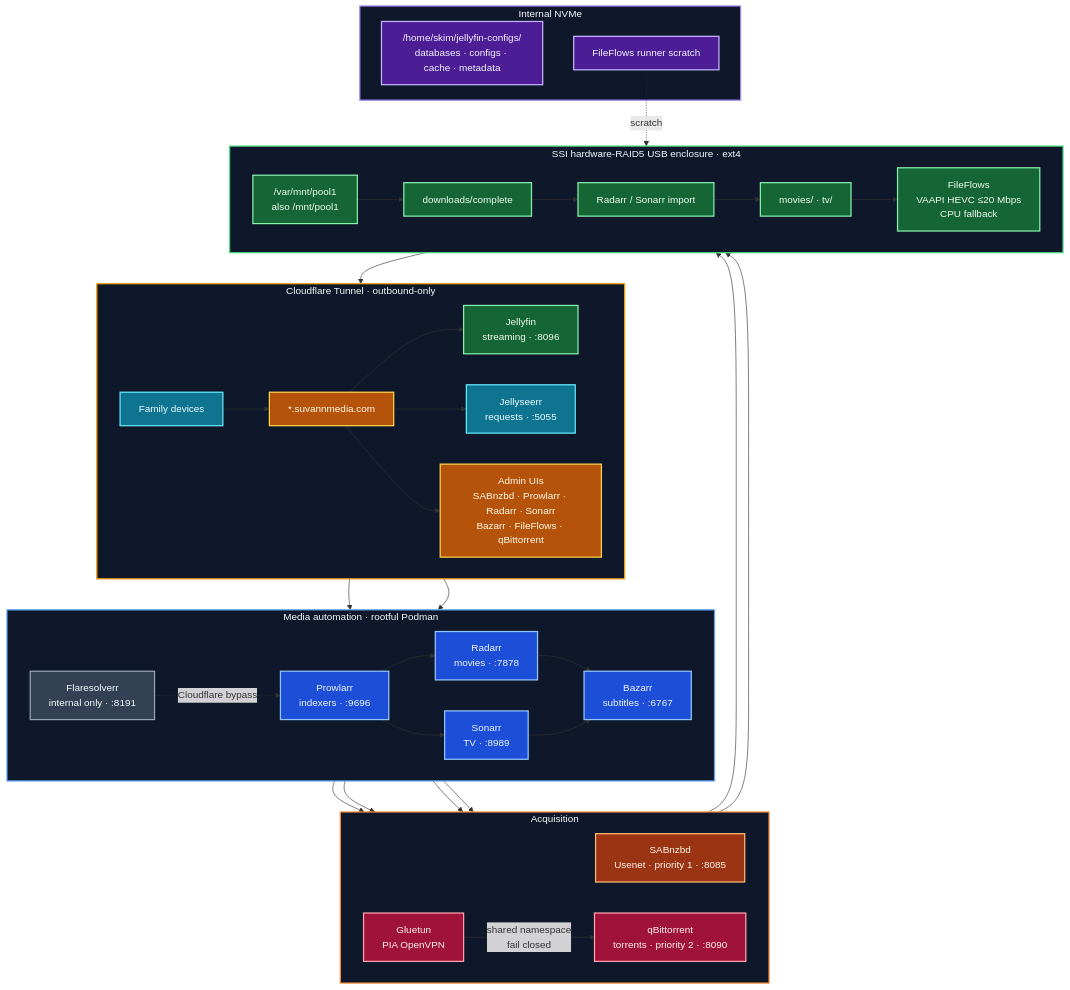
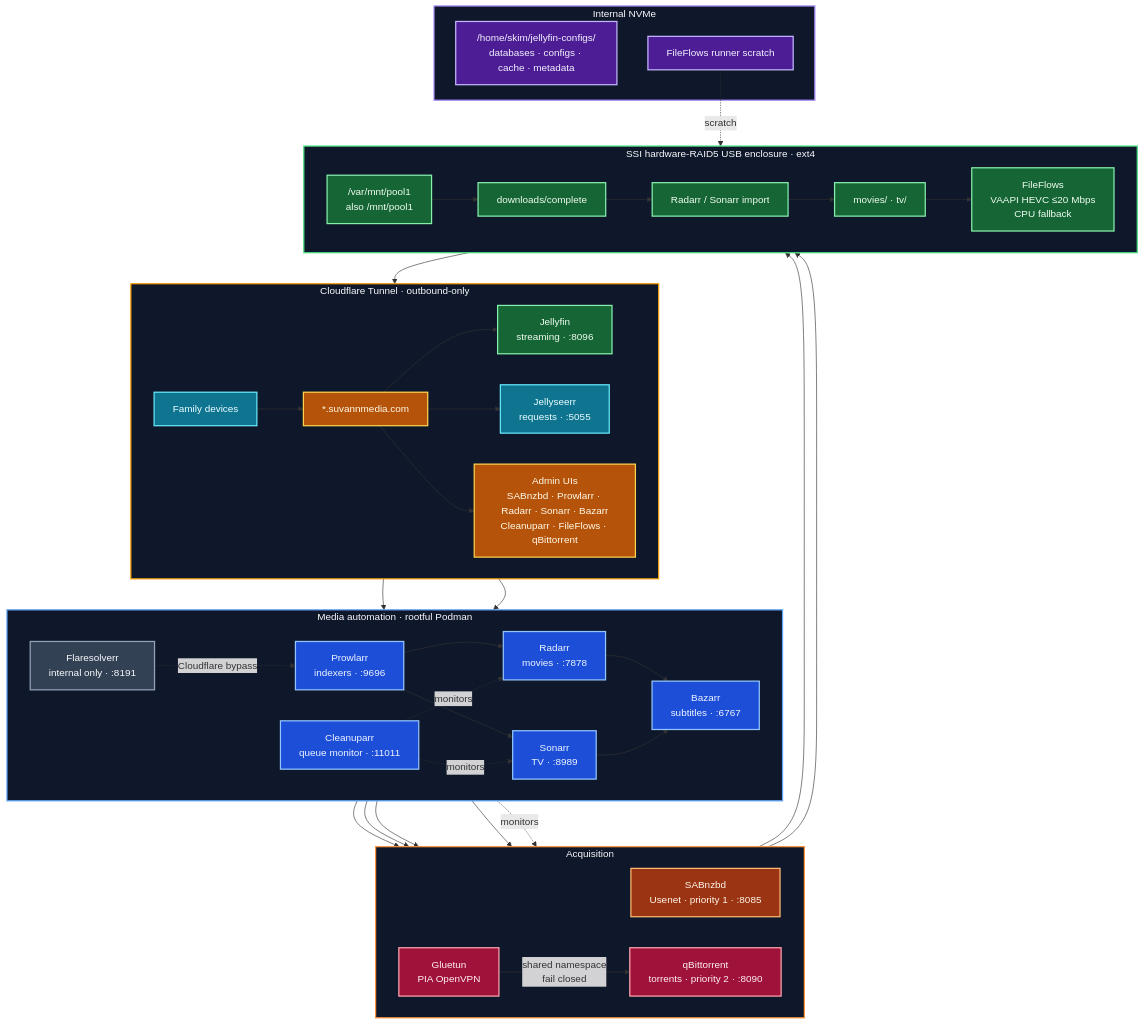
Before and after one commit to ra535i/JellyFin: the diagram in docs/media-stack-architecture.mmd, drawn with Mermaid. The commit also changed 13 other files, not shown here.

```diff
--- a/docs/media-stack-architecture.mmd
+++ b/docs/media-stack-architecture.mmd
@@ -1,80 +1,84 @@
 flowchart TB
     classDef family fill:#0e7490,stroke:#67e8f9,color:#ecfeff,stroke-width:2px
     classDef arr fill:#1d4ed8,stroke:#93c5fd,color:#eff6ff,stroke-width:2px
     classDef download fill:#9a3412,stroke:#fdba74,color:#fff7ed,stroke-width:2px
     classDef secure fill:#9f1239,stroke:#fda4af,color:#fff1f2,stroke-width:2px
     classDef media fill:#166534,stroke:#86efac,color:#f0fdf4,stroke-width:2px
     classDef storage fill:#4c1d95,stroke:#c4b5fd,color:#f5f3ff,stroke-width:2px
     classDef internal fill:#334155,stroke:#94a3b8,color:#f8fafc,stroke-width:2px
     classDef cloud fill:#b45309,stroke:#fcd34d,color:#fffbeb,stroke-width:2px
 
     subgraph INGRESS[Cloudflare Tunnel · outbound-only]
         direction LR
         Family[Family devices] --> Tunnel[*.suvannmedia.com]
         Tunnel --> Jellyfin[Jellyfin<br/>streaming · :8096]
         Tunnel --> Requests[Jellyseerr<br/>requests · :5055]
-        Tunnel --> Admin[Admin UIs<br/>SABnzbd · Prowlarr · Radarr · Sonarr<br/>Bazarr · FileFlows · qBittorrent]
+        Tunnel --> Admin[Admin UIs<br/>SABnzbd · Prowlarr · Radarr · Sonarr · Bazarr<br/>Cleanuparr · FileFlows · qBittorrent]
     end
 
     subgraph APPS[Media automation · rootful Podman]
         direction LR
         Requests --> Radarr[Radarr<br/>movies · :7878]
         Requests --> Sonarr[Sonarr<br/>TV · :8989]
         Prowlarr[Prowlarr<br/>indexers · :9696] --> Radarr
         Prowlarr --> Sonarr
         Bazarr[Bazarr<br/>subtitles · :6767]
+        Clean[Cleanuparr<br/>queue monitor · :11011]
         Radarr --> Bazarr
         Sonarr --> Bazarr
+        Clean -. monitors .-> Radarr
+        Clean -. monitors .-> Sonarr
         Flare[Flaresolverr<br/>internal only · :8191] -. Cloudflare bypass .-> Prowlarr
     end
 
     subgraph ACQUIRE[Acquisition]
         direction LR
         SAB[SABnzbd<br/>Usenet · priority 1 · :8085]
         Gluetun[Gluetun<br/>PIA OpenVPN]
         QBit[qBittorrent<br/>torrents · priority 2 · :8090]
         Gluetun -->|shared namespace<br/>fail closed| QBit
     end
 
     Radarr --> SAB
     Sonarr --> SAB
     Radarr --> QBit
     Sonarr --> QBit
+    Clean -. monitors .-> QBit
 
     subgraph MEDIA[SSI hardware-RAID5 USB enclosure · ext4]
         direction LR
         Pool["/var/mnt/pool1<br/>also /mnt/pool1"] --> Complete[downloads/complete]
         Complete --> Import[Radarr / Sonarr import]
         Import --> Library[movies/ · tv/]
         Library --> Flow[FileFlows<br/>VAAPI HEVC ≤20 Mbps<br/>CPU fallback]
         Flow --> Jellyfin
     end
 
     SAB --> Complete
     QBit --> Complete
 
     subgraph NVME[Internal NVMe]
         State["/home/skim/jellyfin-configs/<br/>databases · configs · cache · metadata"]
         Scratch[FileFlows runner scratch]
     end
 
     %% Every service persists its configuration under jellyfin-configs;
     %% FileFlows alone additionally uses the dedicated NVMe runner scratch.
     Scratch -. scratch .-> Flow
 
     class Family family
     class Tunnel,Admin cloud
     class Requests family
     class Jellyfin media
-    class Radarr,Sonarr,Prowlarr,Bazarr arr
+    class Radarr,Sonarr,Prowlarr,Bazarr,Clean arr
     class SAB download
     class Gluetun,QBit secure
     class Pool,Complete,Import,Library,Flow media
     class State,Scratch storage
     class Flare internal
 
     style INGRESS fill:#0f172a,stroke:#f59e0b,stroke-width:2px,color:#f8fafc
     style APPS fill:#0f172a,stroke:#60a5fa,stroke-width:2px,color:#f8fafc
     style ACQUIRE fill:#0f172a,stroke:#fb923c,stroke-width:2px,color:#f8fafc
     style MEDIA fill:#0f172a,stroke:#4ade80,stroke-width:2px,color:#f8fafc
     style NVME fill:#0f172a,stroke:#a78bfa,stroke-width:2px,color:#f8fafc
```
